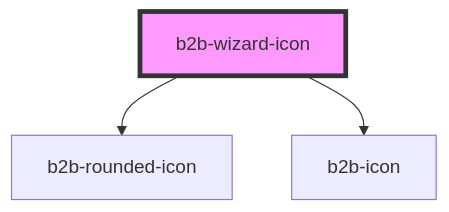
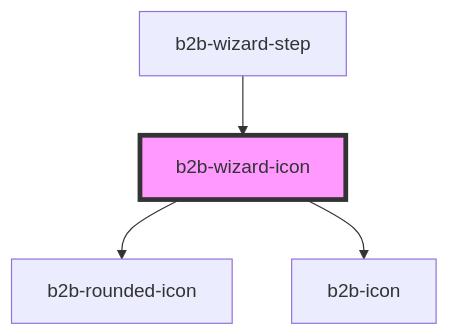
One commit to otto-de/b2b-design-system changed the diagram in packages/core-components/src/components/wizard-icon/readme.md. Above: the diagram before and after it, drawn with Mermaid. The commit also changed other lines of this file and 27 other files, not shown here.

````diff
--- a/packages/core-components/src/components/wizard-icon/readme.md
+++ b/packages/core-components/src/components/wizard-icon/readme.md
@@ -24,6 +29,7 @@
 ```mermaid
 graph TD;
   b2b-wizard-icon --> b2b-rounded-icon
   b2b-wizard-icon --> b2b-icon
+  b2b-wizard-step --> b2b-wizard-icon
   style b2b-wizard-icon fill:#f9f,stroke:#333,stroke-width:4px
 ```
````
